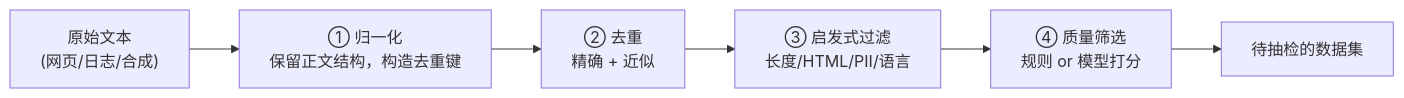
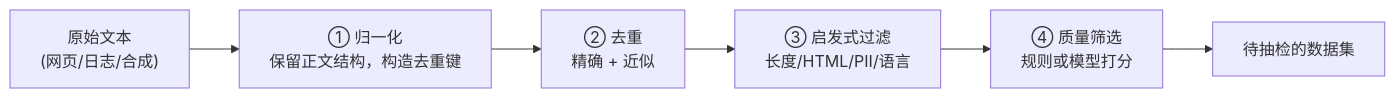
Before and after one commit to AI-learning-simple/Build-Your-Own-LLM: the diagram in 2. Alignment 与训练工程/3. 数据工程——语料来源、清洗与配比.md, drawn with Mermaid. The commit also changed other lines of this file and 65 other files, not shown here.

````diff
--- a/2. Alignment 与训练工程/3. 数据工程——语料来源、清洗与配比.md
+++ b/2. Alignment 与训练工程/3. 数据工程——语料来源、清洗与配比.md
@@ -54,8 +66,8 @@
 ```mermaid
 flowchart LR
     A["原始文本<br/>(网页/日志/合成)"] --> B["① 归一化<br/>保留正文结构，构造去重键"]
     B --> C["② 去重<br/>精确 + 近似"]
     C --> D["③ 启发式过滤<br/>长度/HTML/PII/语言"]
-    D --> E["④ 质量筛选<br/>规则 or 模型打分"]
+    D --> E["④ 质量筛选<br/>规则或模型打分"]
     E --> F["待抽检的数据集"]
 ```
````
